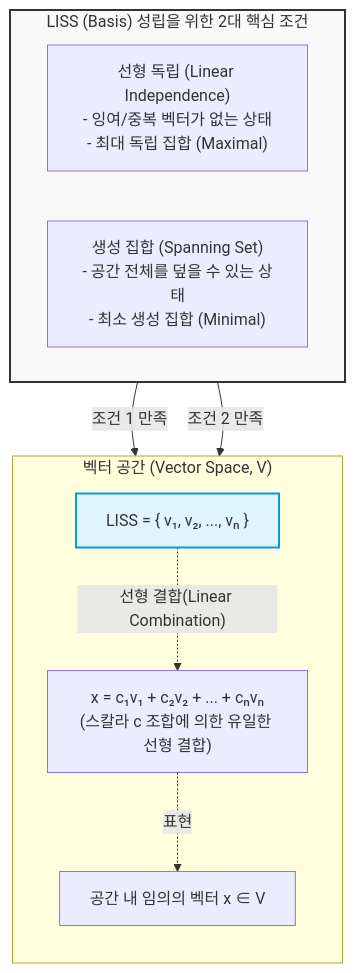
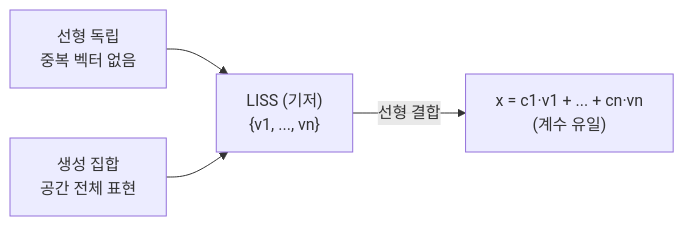
One commit to supremethumb/supremethumb.github.io changed the diagram in content/01_IT Tech/LISS (Linearly Independent Spanning Set).md. Above: the diagram before and after it, drawn with Mermaid. The commit also changed other lines of this file and 1087 other files, not shown here.

````diff
--- a/content/01_IT Tech/LISS (Linearly Independent Spanning Set).md
+++ b/content/01_IT Tech/LISS (Linearly Independent Spanning Set).md
@@ -25,25 +36,6 @@
 ```mermaid
-flowchart TD
-    subgraph Conditions["LISS (Basis) 성립을 위한 2대 핵심 조건"]
-        direction LR
-        LI["선형 독립 (Linear Independence)<br/>- 잉여/중복 벡터가 없는 상태<br/>- 최대 독립 집합 (Maximal)"]
-        SS["생성 집합 (Spanning Set)<br/>- 공간 전체를 덮을 수 있는 상태<br/>- 최소 생성 집합 (Minimal)"]
-    end
-
-    subgraph Vector_Space["벡터 공간 (Vector Space, V)"]
-        direction TB
-        B["LISS = { v₁, v₂, ..., vₙ }"]
-        V["공간 내 임의의 벡터 x ∈ V"]
-        LC["x = c₁v₁ + c₂v₂ + ... + cₙvₙ<br/>(스칼라 c 조합에 의한 유일한 선형 결합)"]
-        
-        B -. "선형 결합(Linear Combination)" .-> LC
-        LC -. "표현" .-> V
-    end
-
-    LI -->|조건 1 만족| B
-    SS -->|조건 2 만족| B
-    
-    style Conditions fill:#f9f9f9,stroke:#333,stroke-width:2px
-    style B fill:#e1f5fe,stroke:#039be5,stroke-width:2px
-
+flowchart LR
+    LI["선형 독립<br/>중복 벡터 없음"] --> B["LISS (기저)<br/>{v1, ..., vn}"]
+    SP["생성 집합<br/>공간 전체 표현"] --> B
+    B -->|"선형 결합"| X["x = c1·v1 + ... + cn·vn<br/>(계수 유일)"]
 ```
````
